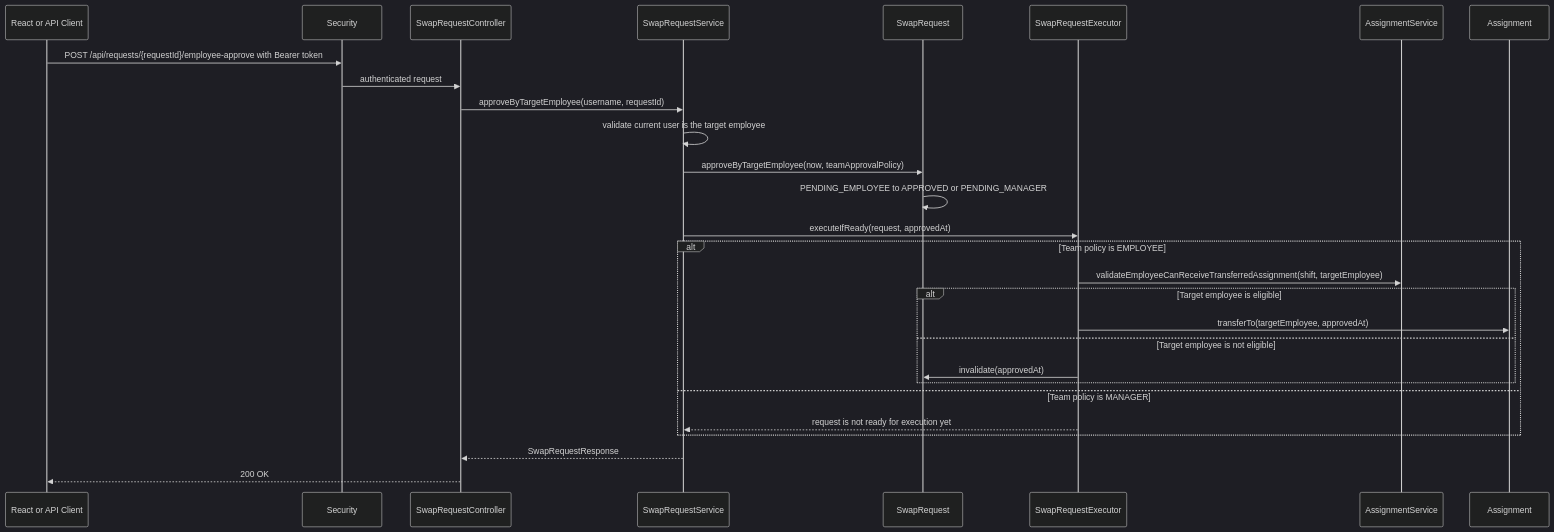
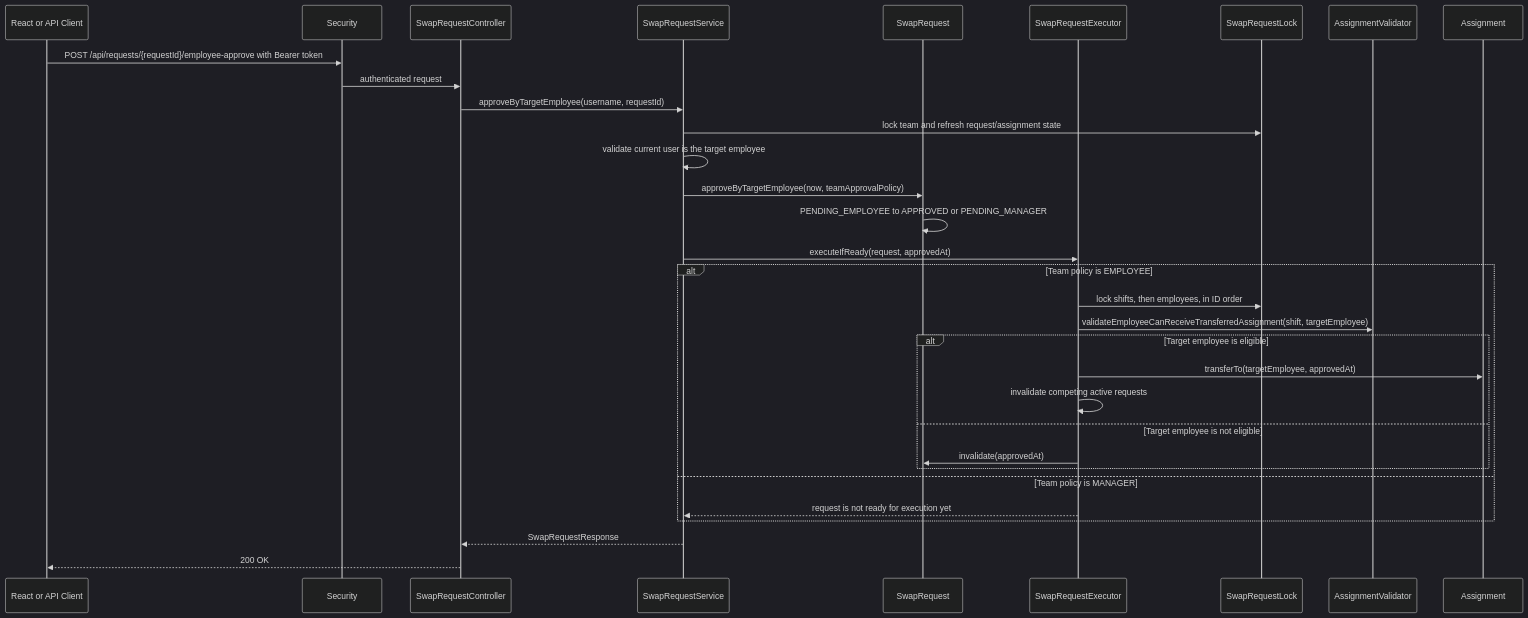
One commit to HiliMor/shift-management-system changed diagram 18 of 20 in docs/current-backend-architecture.md. Above: the diagram before and after it, drawn with Mermaid (dark theme). The commit also changed other lines of this file and 10 other files, not shown here.

````diff
--- a/docs/current-backend-architecture.md
+++ b/docs/current-backend-architecture.md
@@ -715,31 +720,35 @@
 ```mermaid
 sequenceDiagram
     participant Client as React or API Client
     participant Security
     participant SwapRequestController
     participant SwapRequestService
     participant SwapRequest
     participant SwapRequestExecutor
-    participant AssignmentService
+    participant SwapRequestLock
+    participant AssignmentValidator
     participant Assignment
 
     Client->>Security: POST /api/requests/{requestId}/employee-approve with Bearer token
     Security->>SwapRequestController: authenticated request
     SwapRequestController->>SwapRequestService: approveByTargetEmployee(username, requestId)
+    SwapRequestService->>SwapRequestLock: lock team and refresh request/assignment state
     SwapRequestService->>SwapRequestService: validate current user is the target employee
     SwapRequestService->>SwapRequest: approveByTargetEmployee(now, teamApprovalPolicy)
     SwapRequest->>SwapRequest: PENDING_EMPLOYEE to APPROVED or PENDING_MANAGER
     SwapRequestService->>SwapRequestExecutor: executeIfReady(request, approvedAt)
     alt Team policy is EMPLOYEE
-        SwapRequestExecutor->>AssignmentService: validateEmployeeCanReceiveTransferredAssignment(shift, targetEmployee)
+        SwapRequestExecutor->>SwapRequestLock: lock shifts, then employees, in ID order
+        SwapRequestExecutor->>AssignmentValidator: validateEmployeeCanReceiveTransferredAssignment(shift, targetEmployee)
         alt Target employee is eligible
             SwapRequestExecutor->>Assignment: transferTo(targetEmployee, approvedAt)
+            SwapRequestExecutor->>SwapRequestExecutor: invalidate competing active requests
         else Target employee is not eligible
             SwapRequestExecutor->>SwapRequest: invalidate(approvedAt)
         end
     else Team policy is MANAGER
         SwapRequestExecutor-->>SwapRequestService: request is not ready for execution yet
     end
     SwapRequestService-->>SwapRequestController: SwapRequestResponse
     SwapRequestController-->>Client: 200 OK
 ```
````
